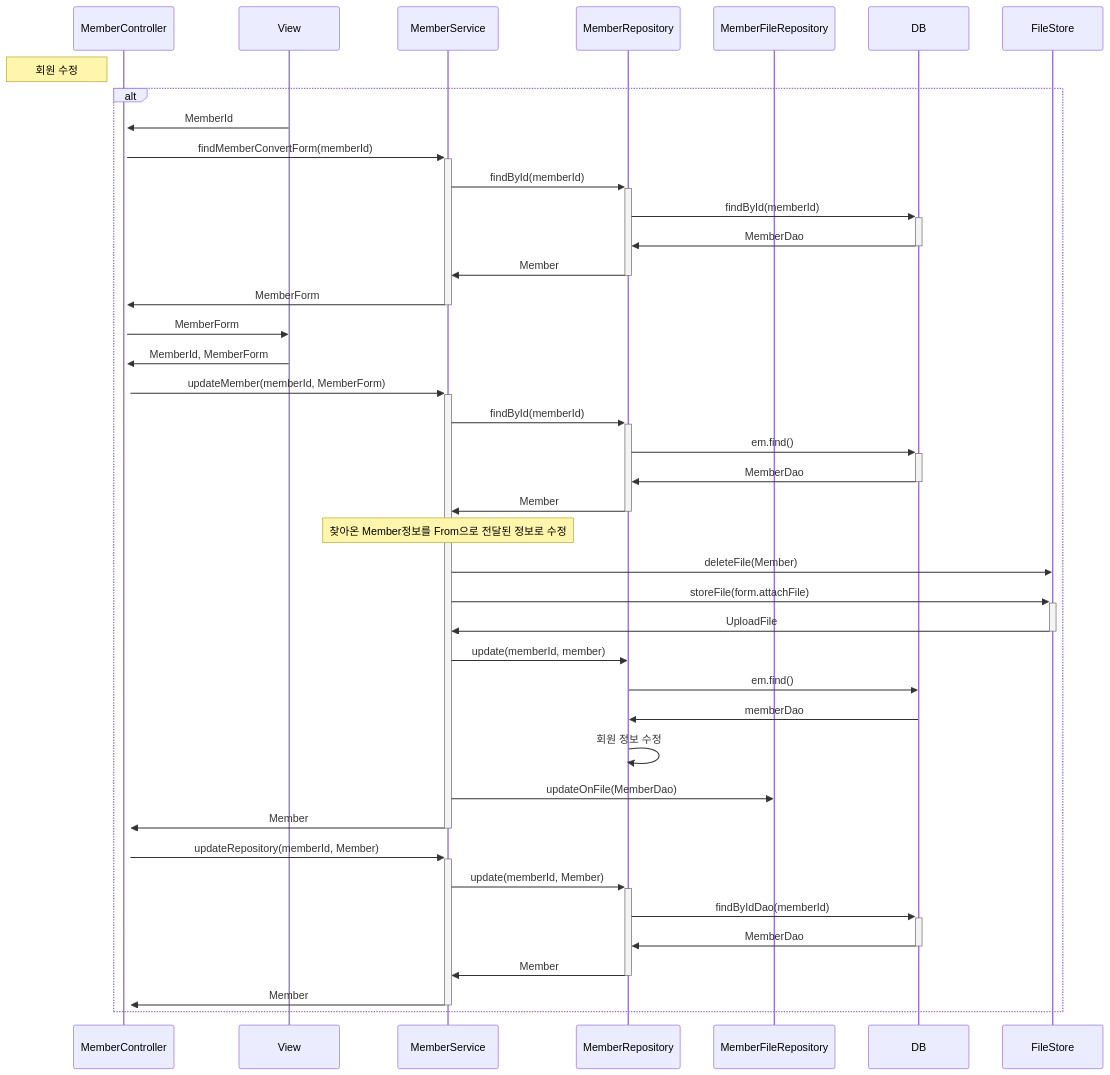
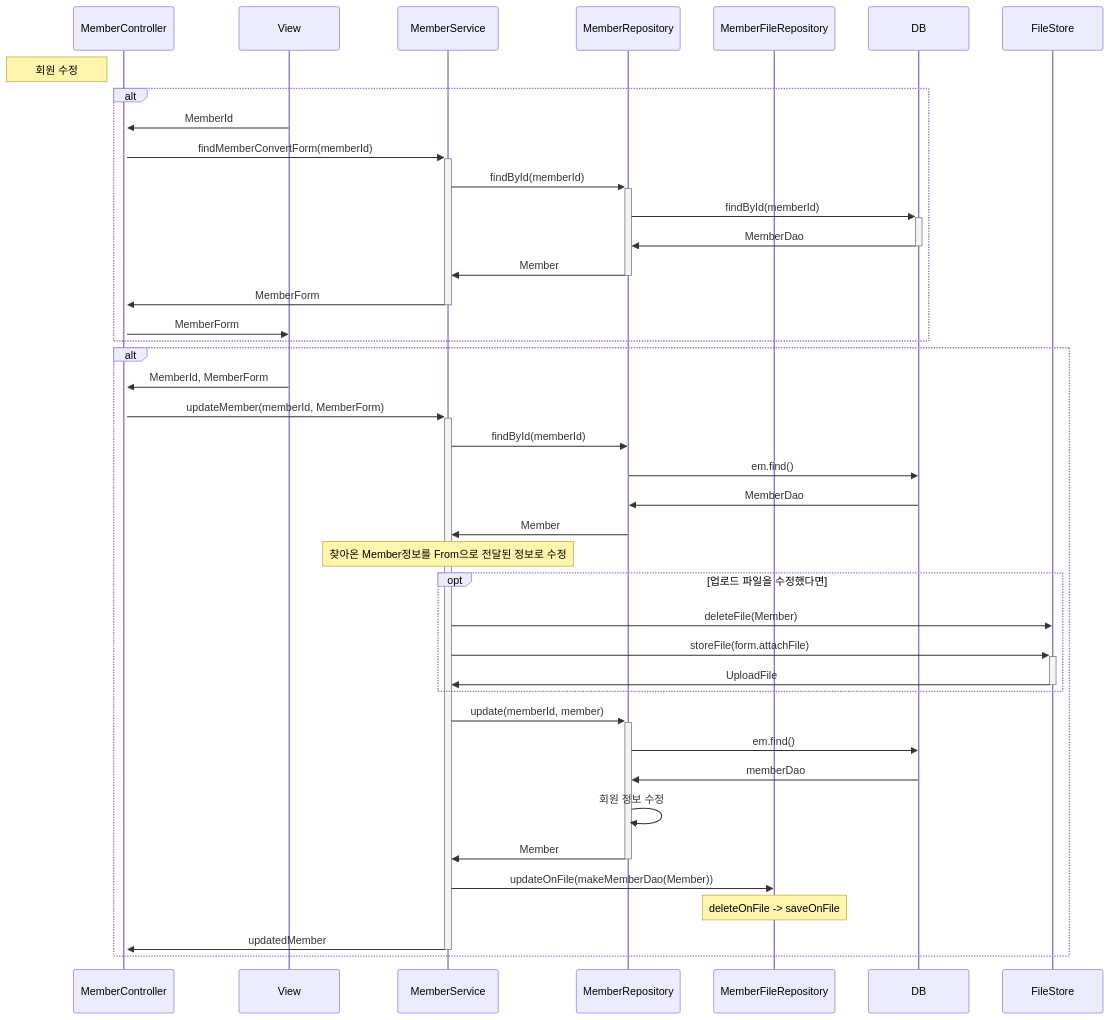
Before and after one commit to zittoooo/Page: the third of 4 diagrams in seq.md, drawn with Mermaid. The commit also changed other lines of this file and 1 other file, not shown here.

Commit message:
시퀀스 다이어그램 update 수정

````diff
--- a/seq.md
+++ b/seq.md
@@ -57,48 +66,44 @@
 ```mermaid
 sequenceDiagram
     participant C as MemberController
     participant V as View
     participant S as MemberService 
     participant R as MemberRepository
     participant F as MemberFileRepository 
 
     Note left of C: 회원 수정
     alt
     V->>+C:MemberId
     C->>+S:findMemberConvertForm(memberId)
     S->>+R:findById(memberId)
     R->>+DB:findById(memberId)
     DB->>-R:MemberDao
     R->>-S:Member
     S->>-C:MemberForm
     C->>V:MemberForm
+    end
 
-
-    V->>+C:MemberId, MemberForm
+    alt
+    V->>C:MemberId, MemberForm
     C->>+S:updateMember(memberId, MemberForm)
-    S->>+R:findById(memberId)
-    R->>+DB:em.find()
-    DB->>-R:MemberDao
-    R->>-S:Member
+    S->>R:findById(memberId)
+    R->>DB:em.find()
+    DB->>R:MemberDao
+    R->>S:Member
     Note over S:찾아온 Member정보를 From으로 전달된 정보로 수정
-    S->>FileStore:deleteFile(Member)
-    S->>+FileStore:storeFile(form.attachFile)
-    FileStore->>-S:UploadFile
-
-
-    S->>R:update(memberId, member)
+    opt 업로드 파일을 수정했다면
+        S->>FileStore:deleteFile(Member)
+        S->>+FileStore:storeFile(form.attachFile)
+        FileStore->>-S:UploadFile
+    end
+    S->>+R:update(memberId, member)
     R->>DB:em.find()
     DB->>R:memberDao
     R->>R:회원 정보 수정
-    S->>F:updateOnFile(MemberDao)
-
-    S->>-C:Member
-    C->>+S:updateRepository(memberId, Member)
-    S->>+R:update(memberId, Member)
-    R->>+DB:findByIdDao(memberId)
-    DB->>-R:MemberDao
     R->>-S: Member
-    S->>-C: Member
+    S->>F:updateOnFile(makeMemberDao(Member))
+    Note over F:deleteOnFile -> saveOnFile
+    S->>-C:updatedMember
     end
 
 ```
````
